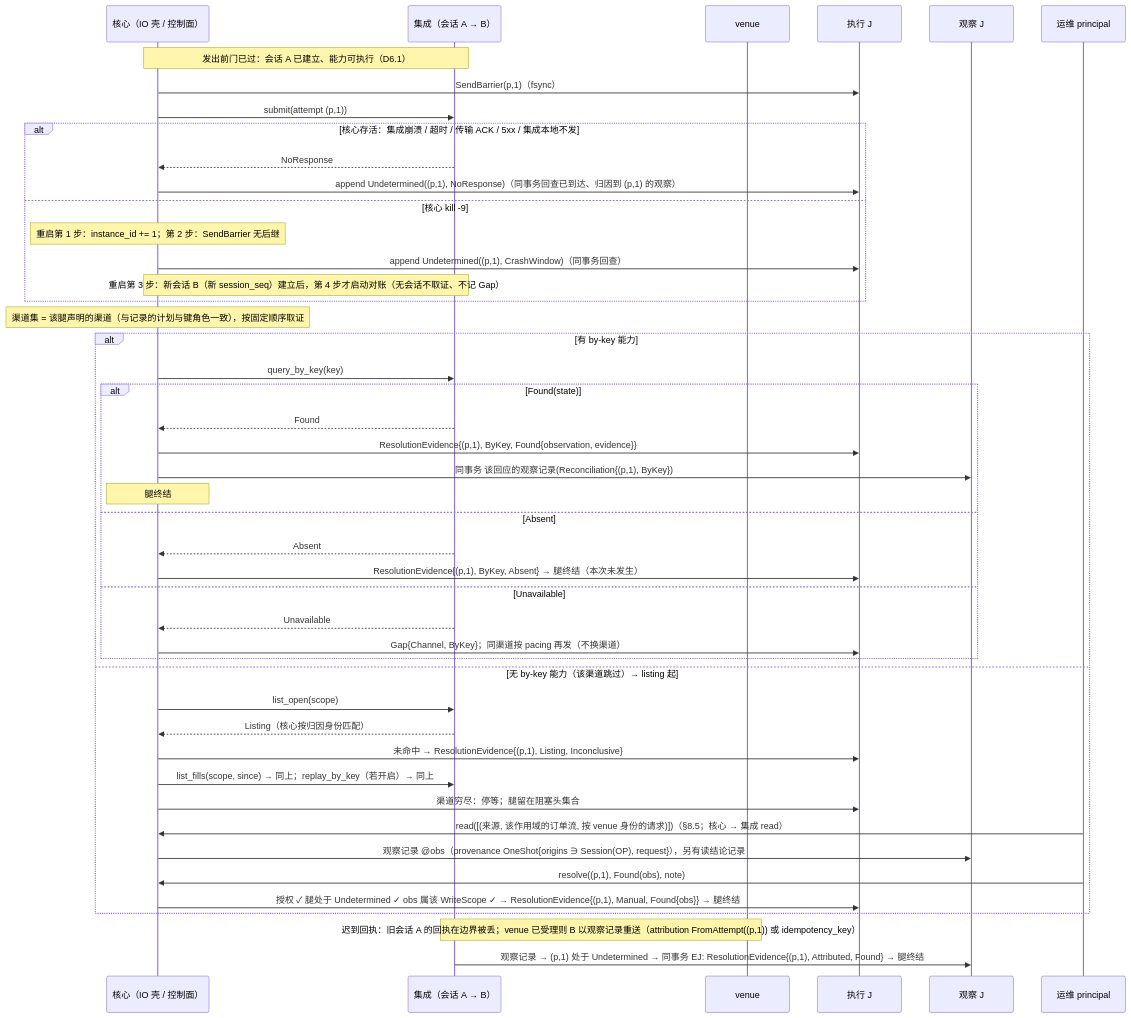
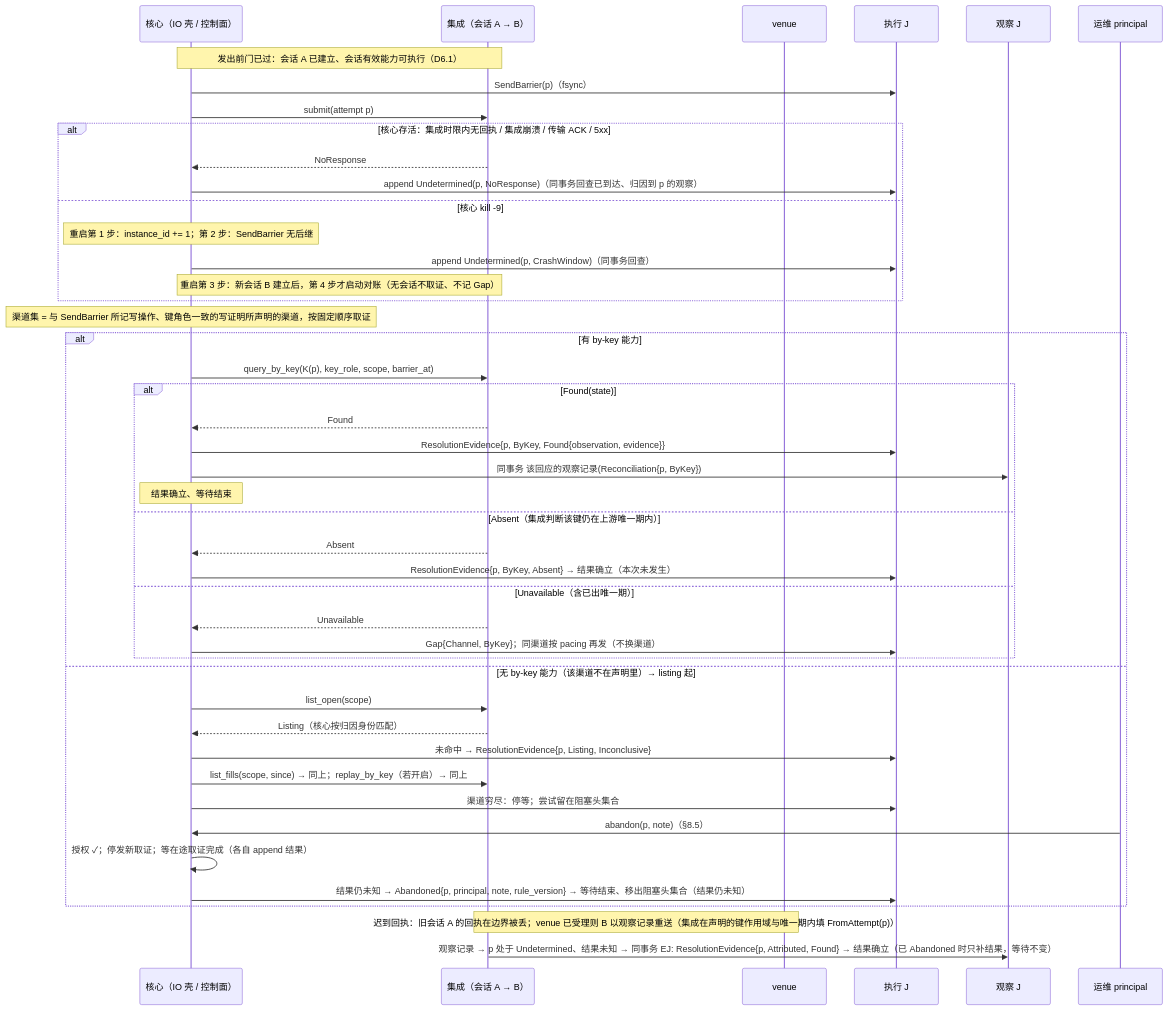
Before and after one commit to mouriya-s-lab/uta: the sixth of 7 diagrams in design/diagrams/06-io-shell-attempt.md, drawn with Mermaid. The commit also changed other lines of this file and 12 other files, not shown here.

Commit message:
design: write redraw — single-write attempts (atomic Replace or Unsupported), abandon replaces resolve, NotSent, capability-not-established wait, core-minted keys, RuleState as fold, integration-judged key windows, no core call timeout

````diff
--- a/design/diagrams/06-io-shell-attempt.md
+++ b/design/diagrams/06-io-shell-attempt.md
@@ -205,48 +209,47 @@
 ```mermaid
 sequenceDiagram
   participant IO as 核心（IO 壳 / 控制面）
   participant I as 集成（会话 A → B）
   participant V as venue
   participant EJ as 执行 J
   participant OJ as 观察 J
   participant OP as 运维 principal
-  Note over IO,I: 发出前门已过：会话 A 已建立、能力可执行（D6.1）
-  IO->>EJ: SendBarrier(p,1)（fsync）
-  IO->>I: submit(attempt (p,1))
-  alt 核心存活：集成崩溃 / 超时 / 传输 ACK / 5xx / 集成本地不发
+  Note over IO,I: 发出前门已过：会话 A 已建立、会话有效能力可执行（D6.1）
+  IO->>EJ: SendBarrier(p)（fsync）
+  IO->>I: submit(attempt p)
+  alt 核心存活：集成时限内无回执 / 集成崩溃 / 传输 ACK / 5xx
     I-->>IO: NoResponse
-    IO->>EJ: append Undetermined((p,1), NoResponse)（同事务回查已到达、归因到 (p,1) 的观察）
+    IO->>EJ: append Undetermined(p, NoResponse)（同事务回查已到达、归因到 p 的观察）
   else 核心 kill -9
     Note over IO: 重启第 1 步：instance_id += 1；第 2 步：SendBarrier 无后继
-    IO->>EJ: append Undetermined((p,1), CrashWindow)（同事务回查）
-    Note over IO,I: 重启第 3 步：新会话 B（新 session_seq）建立后，第 4 步才启动对账（无会话不取证、不记 Gap）
+    IO->>EJ: append Undetermined(p, CrashWindow)（同事务回查）
+    Note over IO,I: 重启第 3 步：新会话 B 建立后，第 4 步才启动对账（无会话不取证、不记 Gap）
   end
-  Note over IO: 渠道集 = 该腿声明的渠道（与记录的计划与键角色一致），按固定顺序取证
+  Note over IO: 渠道集 = 与 SendBarrier 所记写操作、键角色一致的写证明所声明的渠道，按固定顺序取证
   alt 有 by-key 能力
-    IO->>I: query_by_key(key)
+    IO->>I: query_by_key(K(p), key_role, scope, barrier_at)
     alt Found(state)
       I-->>IO: Found
-      IO->>EJ: ResolutionEvidence{(p,1), ByKey, Found{observation, evidence}}
-      IO->>OJ: 同事务 该回应的观察记录(Reconciliation{(p,1), ByKey})
-      Note over IO: 腿终结
-    else Absent
+      IO->>EJ: ResolutionEvidence{p, ByKey, Found{observation, evidence}}
+      IO->>OJ: 同事务 该回应的观察记录(Reconciliation{p, ByKey})
+      Note over IO: 结果确立、等待结束
+    else Absent（集成判断该键仍在上游唯一期内）
       I-->>IO: Absent
-      IO->>EJ: ResolutionEvidence{(p,1), ByKey, Absent} → 腿终结（本次未发生）
-    else Unavailable
+      IO->>EJ: ResolutionEvidence{p, ByKey, Absent} → 结果确立（本次未发生）
+    else Unavailable（含已出唯一期）
       I-->>IO: Unavailable
       IO->>EJ: Gap{Channel, ByKey}；同渠道按 pacing 再发（不换渠道）
     end
-  else 无 by-key 能力（该渠道跳过）→ listing 起
+  else 无 by-key 能力（该渠道不在声明里）→ listing 起
     IO->>I: list_open(scope)
     I-->>IO: Listing（核心按归因身份匹配）
-    IO->>EJ: 未命中 → ResolutionEvidence{(p,1), Listing, Inconclusive}
+    IO->>EJ: 未命中 → ResolutionEvidence{p, Listing, Inconclusive}
     IO->>I: list_fills(scope, since) → 同上；replay_by_key（若开启）→ 同上
-    IO->>EJ: 渠道穷尽：停等；腿留在阻塞头集合
-    OP->>IO: read([(来源, 该作用域的订单流, 按 venue 身份的请求)])（§8.5；核心 → 集成 read）
-    IO->>OJ: 观察记录 @obs（provenance OneShot{origins ∋ Session(OP), request}），另有读结论记录
-    OP->>IO: resolve((p,1), Found(obs), note)
-    IO->>EJ: 授权 ✓ 腿处于 Undetermined ✓ obs 属该 WriteScope ✓ → ResolutionEvidence{(p,1), Manual, Found{obs}} → 腿终结
+    IO->>EJ: 渠道穷尽：停等；尝试留在阻塞头集合
+    OP->>IO: abandon(p, note)（§8.5）
+    IO->>IO: 授权 ✓；停发新取证；等在途取证完成（各自 append 结果）
+    IO->>EJ: 结果仍未知 → Abandoned{p, principal, note, rule_version} → 等待结束、移出阻塞头集合（结果仍未知）
   end
-  Note over I,V: 迟到回执：旧会话 A 的回执在边界被丢；venue 已受理则 B 以观察记录重送（attribution FromAttempt((p,1)) 或 idempotency_key）
-  I->>OJ: 观察记录 → (p,1) 处于 Undetermined → 同事务 EJ: ResolutionEvidence{(p,1), Attributed, Found} → 腿终结
+  Note over I,V: 迟到回执：旧会话 A 的回执在边界被丢；venue 已受理则 B 以观察记录重送（集成在声明的键作用域与唯一期内填 FromAttempt(p)）
+  I->>OJ: 观察记录 → p 处于 Undetermined、结果未知 → 同事务 EJ: ResolutionEvidence{p, Attributed, Found} → 结果确立（已 Abandoned 时只补结果，等待不变）
 ```
````
